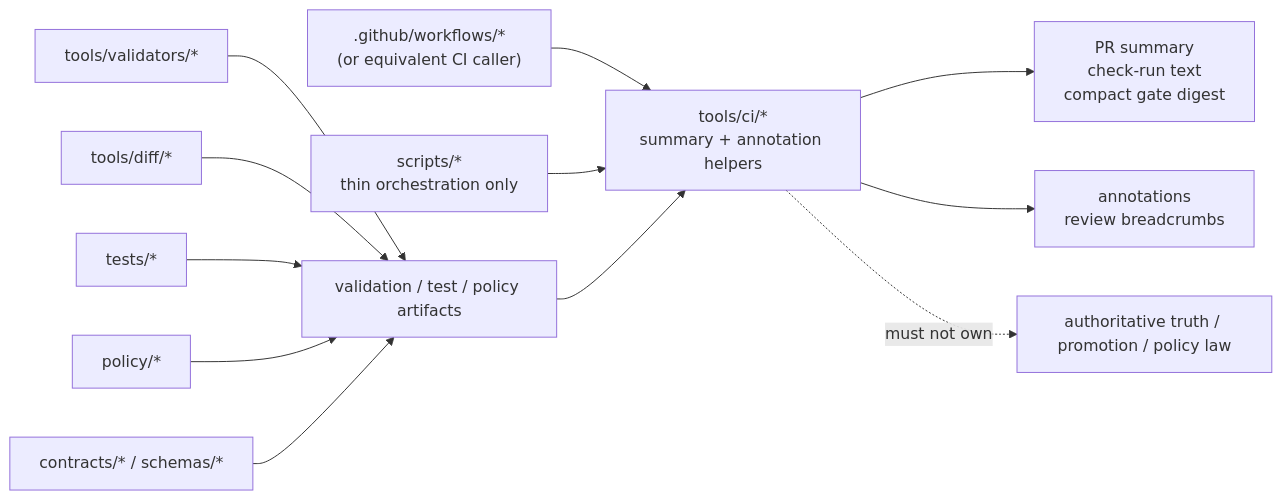
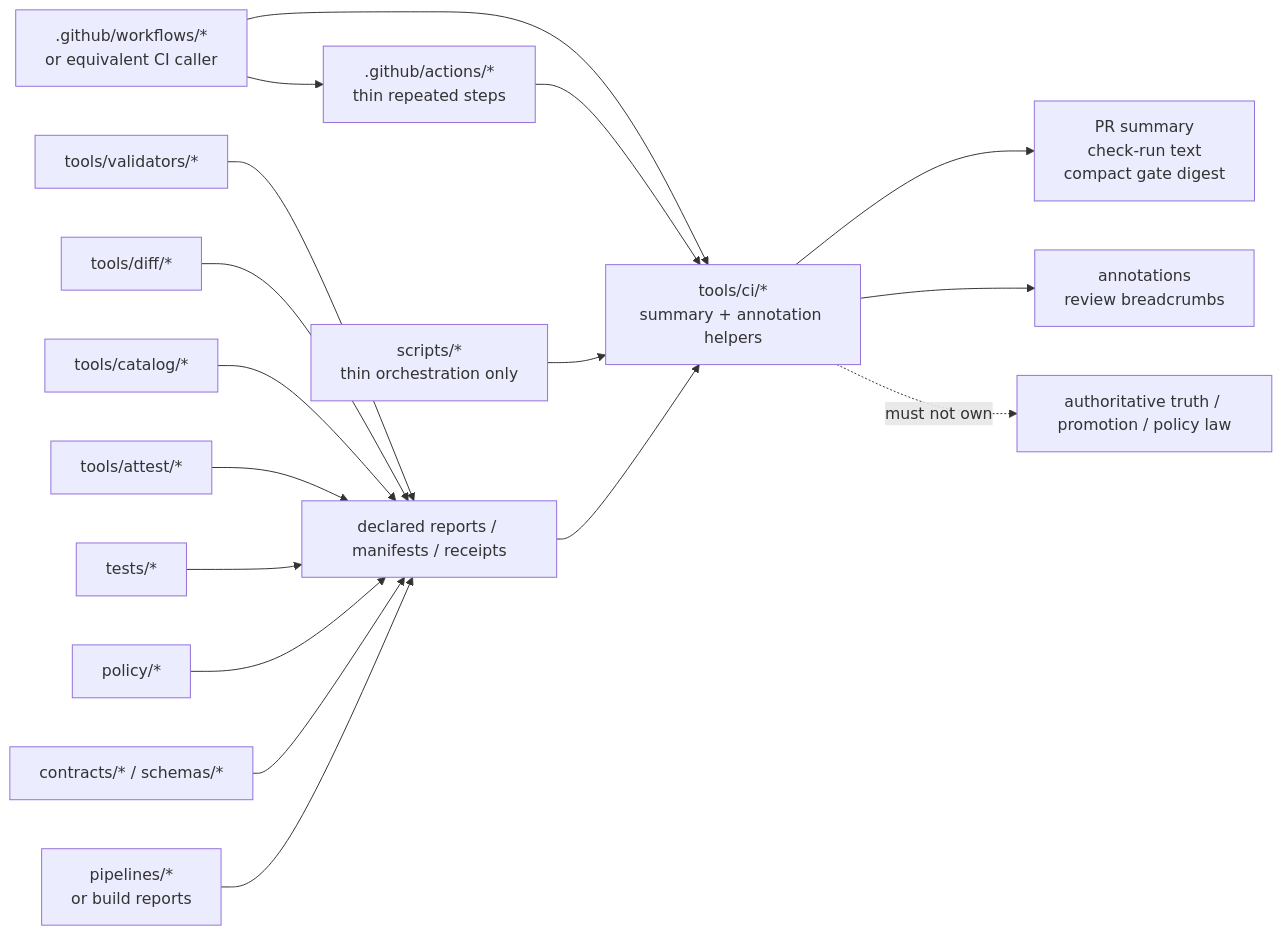
One commit to bartytime4life/Kansas-Frontier-Matrix changed the diagram in tools/ci/README.md. Above: the diagram before and after it, drawn with Mermaid. The commit also changed other lines of this file, not shown here.

````diff
--- a/tools/ci/README.md
+++ b/tools/ci/README.md
@@ -192,31 +245,41 @@
 ```mermaid
 flowchart LR
-    WF[".github/workflows/*<br/>(or equivalent CI caller)"]
+    WF[".github/workflows/*<br/>or equivalent CI caller"]
+    AC[".github/actions/*<br/>thin repeated steps"]
     SC["scripts/*<br/>thin orchestration only"]
+
     VA["tools/validators/*"]
     DF["tools/diff/*"]
+    CA["tools/catalog/*"]
+    AT["tools/attest/*"]
     TS["tests/*"]
     PO["policy/*"]
     CO["contracts/* / schemas/*"]
+    PI["pipelines/*<br/>or build reports"]
 
-    IN1["validation / test / policy artifacts"]
+    IN1["declared reports / manifests / receipts"]
     CI["tools/ci/*<br/>summary + annotation helpers"]
     OUT1["PR summary<br/>check-run text<br/>compact gate digest"]
     OUT2["annotations<br/>review breadcrumbs"]
     NO["authoritative truth / promotion / policy law"]
 
+    WF --> AC
     WF --> CI
+    AC --> CI
     SC --> CI
 
     VA --> IN1
     DF --> IN1
+    CA --> IN1
+    AT --> IN1
     TS --> IN1
     PO --> IN1
     CO --> IN1
+    PI --> IN1
 
     IN1 --> CI
     CI --> OUT1
     CI --> OUT2
 
     CI -. must not own .-> NO
 ```
````
